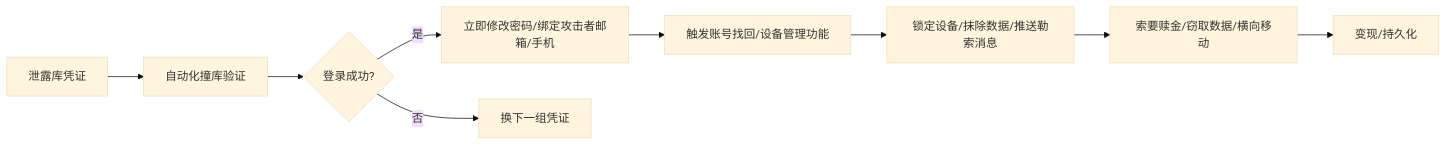
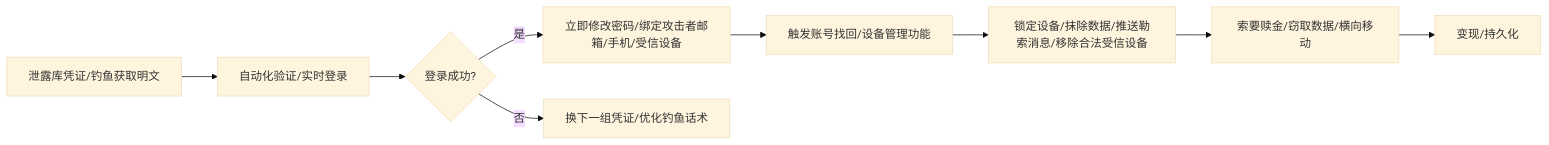
Before and after one commit to OpenDocCN1/sec-llm-wiki: the third of 3 diagrams in pages/credential-stuffing-password-hygiene.md, drawn with Mermaid (base theme). The commit also changed other lines of this file, not shown here.

````diff
--- a/pages/credential-stuffing-password-hygiene.md
+++ b/pages/credential-stuffing-password-hygiene.md
@@ -135,11 +236,11 @@
 ```mermaid
 flowchart LR
-    A[泄露库凭证] --> B[自动化撞库验证]
+    A[泄露库凭证/钓鱼获取明文] --> B[自动化验证/实时登录]
     B --> C{登录成功?}
-    C -->|是| D[立即修改密码/绑定攻击者邮箱/手机]
-    C -->|否| E[换下一组凭证]
+    C -->|是| D[立即修改密码/绑定攻击者邮箱/手机/受信设备]
+    C -->|否| E[换下一组凭证/优化钓鱼话术]
     D --> F[触发账号找回/设备管理功能]
-    F --> G[锁定设备/抹除数据/推送勒索消息]
+    F --> G[锁定设备/抹除数据/推送勒索消息/移除合法受信设备]
     G --> H[索要赎金/窃取数据/横向移动]
     H --> I[变现/持久化]
 ```
````
